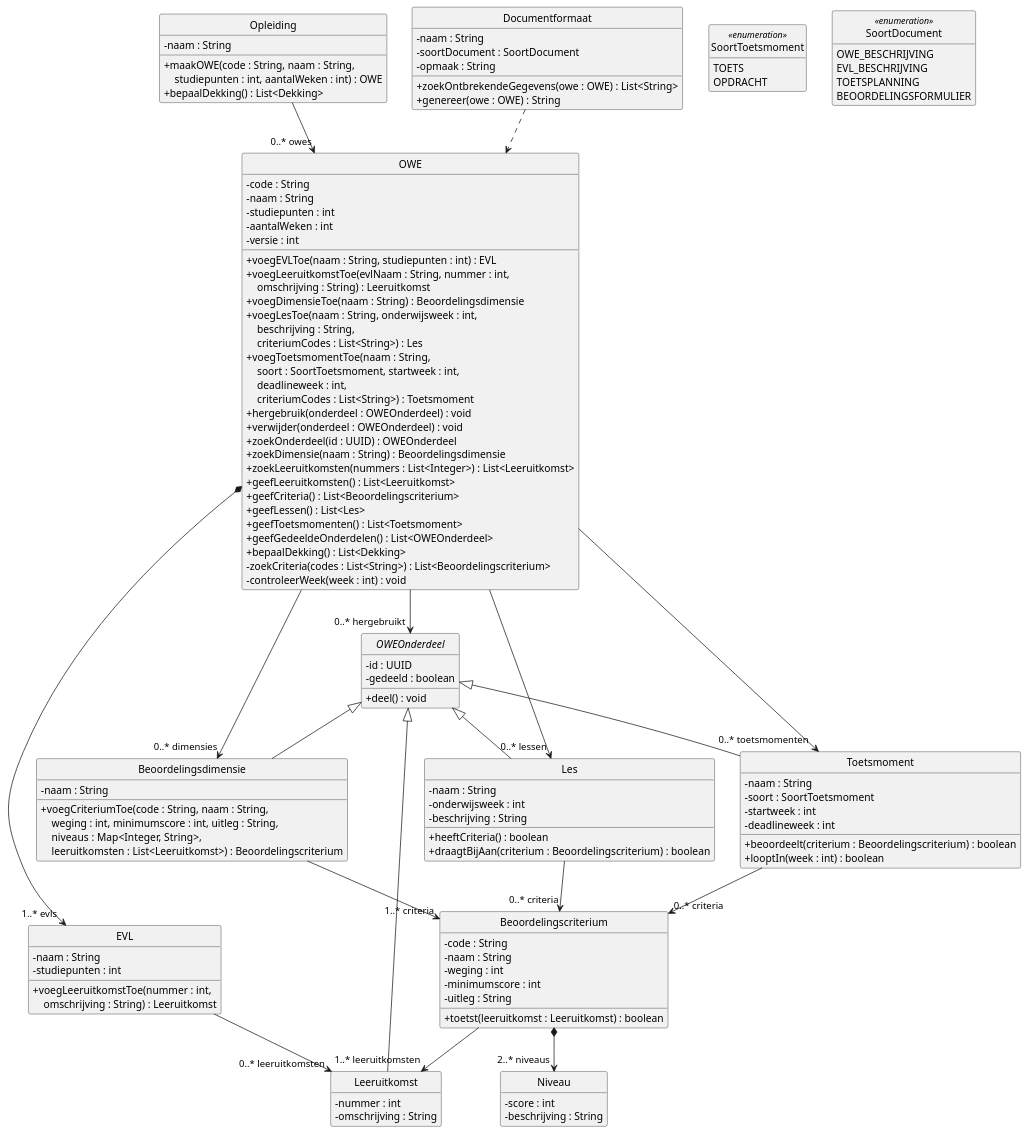
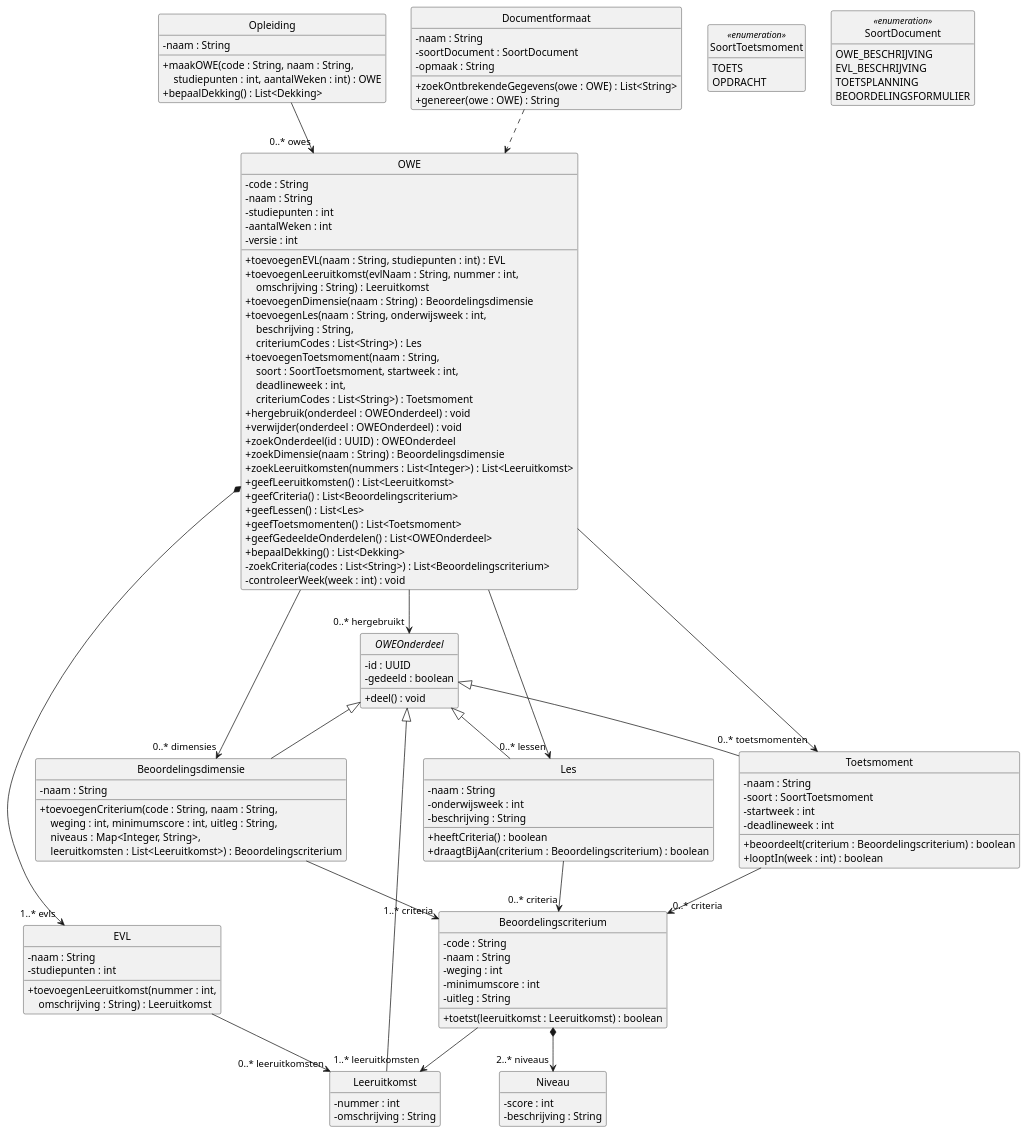
The diagram in docs/diagrams/klassendiagram-domein.puml (HAN-Craftsmanship-KL-JJG/casus), drawn with PlantUML before and after one commit. The commit also changed 4 other files, not shown here.

```diff
--- a/docs/diagrams/klassendiagram-domein.puml
+++ b/docs/diagrams/klassendiagram-domein.puml
@@ -1,145 +1,145 @@
 @startuml klassendiagram-domein
 ' Design class diagram van ICDE: de domeinklassen. Toelichting: docs/klassendiagram.md
 ' Getters en setters staan er niet in, zoals bij Larman (7.6).
 skinparam style strictuml
 skinparam shadowing false
 skinparam defaultFontName Helvetica
 skinparam classAttributeIconSize 0
 hide empty members
 
 class Opleiding {
   - naam : String
   + maakOWE(code : String, naam : String,\n    \
 studiepunten : int, aantalWeken : int) : OWE
   + bepaalDekking() : List<Dekking>
 }
 
 class OWE {
   - code : String
   - naam : String
   - studiepunten : int
   - aantalWeken : int
   - versie : int
-  + voegEVLToe(naam : String, studiepunten : int) : EVL
-  + voegLeeruitkomstToe(evlNaam : String, nummer : int,\n    \
+  + toevoegenEVL(naam : String, studiepunten : int) : EVL
+  + toevoegenLeeruitkomst(evlNaam : String, nummer : int,\n    \
 omschrijving : String) : Leeruitkomst
-  + voegDimensieToe(naam : String) : Beoordelingsdimensie
-  + voegLesToe(naam : String, onderwijsweek : int,\n    \
+  + toevoegenDimensie(naam : String) : Beoordelingsdimensie
+  + toevoegenLes(naam : String, onderwijsweek : int,\n    \
 beschrijving : String,\n    \
 criteriumCodes : List<String>) : Les
-  + voegToetsmomentToe(naam : String,\n    \
+  + toevoegenToetsmoment(naam : String,\n    \
 soort : SoortToetsmoment, startweek : int,\n    \
 deadlineweek : int,\n    \
 criteriumCodes : List<String>) : Toetsmoment
   + hergebruik(onderdeel : OWEOnderdeel) : void
   + verwijder(onderdeel : OWEOnderdeel) : void
   + zoekOnderdeel(id : UUID) : OWEOnderdeel
   + zoekDimensie(naam : String) : Beoordelingsdimensie
   + zoekLeeruitkomsten(nummers : List<Integer>) : List<Leeruitkomst>
   + geefLeeruitkomsten() : List<Leeruitkomst>
   + geefCriteria() : List<Beoordelingscriterium>
   + geefLessen() : List<Les>
   + geefToetsmomenten() : List<Toetsmoment>
   + geefGedeeldeOnderdelen() : List<OWEOnderdeel>
   + bepaalDekking() : List<Dekking>
   - zoekCriteria(codes : List<String>) : List<Beoordelingscriterium>
   - controleerWeek(week : int) : void
 }
 
 class EVL {
   - naam : String
   - studiepunten : int
-  + voegLeeruitkomstToe(nummer : int,\n    \
+  + toevoegenLeeruitkomst(nummer : int,\n    \
 omschrijving : String) : Leeruitkomst
 }
 
 abstract class OWEOnderdeel {
   - id : UUID
   - gedeeld : boolean
   + deel() : void
 }
 
 class Leeruitkomst {
   - nummer : int
   - omschrijving : String
 }
 
 class Beoordelingsdimensie {
   - naam : String
-  + voegCriteriumToe(code : String, naam : String,\n    \
+  + toevoegenCriterium(code : String, naam : String,\n    \
 weging : int, minimumscore : int, uitleg : String,\n    \
 niveaus : Map<Integer, String>,\n    \
 leeruitkomsten : List<Leeruitkomst>) : Beoordelingscriterium
 }
 
 class Beoordelingscriterium {
   - code : String
   - naam : String
   - weging : int
   - minimumscore : int
   - uitleg : String
   + toetst(leeruitkomst : Leeruitkomst) : boolean
 }
 
 class Niveau {
   - score : int
   - beschrijving : String
 }
 
 class Les {
   - naam : String
   - onderwijsweek : int
   - beschrijving : String
   + heeftCriteria() : boolean
   + draagtBijAan(criterium : Beoordelingscriterium) : boolean
 }
 
 class Toetsmoment {
   - naam : String
   - soort : SoortToetsmoment
   - startweek : int
   - deadlineweek : int
   + beoordeelt(criterium : Beoordelingscriterium) : boolean
   + looptIn(week : int) : boolean
 }
 
 class Documentformaat {
   - naam : String
   - soortDocument : SoortDocument
   - opmaak : String
   + zoekOntbrekendeGegevens(owe : OWE) : List<String>
   + genereer(owe : OWE) : String
 }
 
 enum SoortToetsmoment <<enumeration>> {
   TOETS
   OPDRACHT
 }
 
 enum SoortDocument <<enumeration>> {
   OWE_BESCHRIJVING
   EVL_BESCHRIJVING
   TOETSPLANNING
   BEOORDELINGSFORMULIER
 }
 
 Opleiding --> "0..* owes" OWE
 OWE *--> "1..* evls" EVL
 EVL --> "0..* leeruitkomsten" Leeruitkomst
 OWE --> "0..* dimensies" Beoordelingsdimensie
 Beoordelingsdimensie --> "1..* criteria" Beoordelingscriterium
 Beoordelingscriterium *--> "2..* niveaus" Niveau
 Beoordelingscriterium --> "1..* leeruitkomsten" Leeruitkomst
 OWE --> "0..* lessen" Les
 OWE --> "0..* toetsmomenten" Toetsmoment
 Les --> "0..* criteria" Beoordelingscriterium
 Toetsmoment --> "0..* criteria" Beoordelingscriterium
 OWE --> "0..* hergebruikt" OWEOnderdeel
 
 OWEOnderdeel <|-- Leeruitkomst
 OWEOnderdeel <|-- Beoordelingsdimensie
 OWEOnderdeel <|-- Les
 OWEOnderdeel <|-- Toetsmoment
 
 Documentformaat ..> OWE
 @enduml
```
